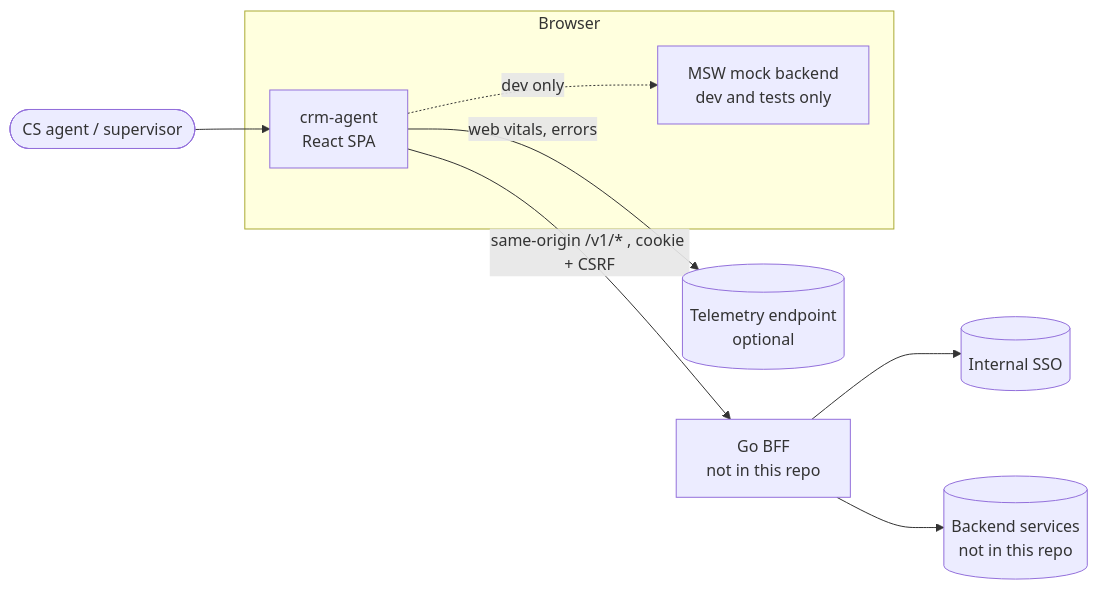
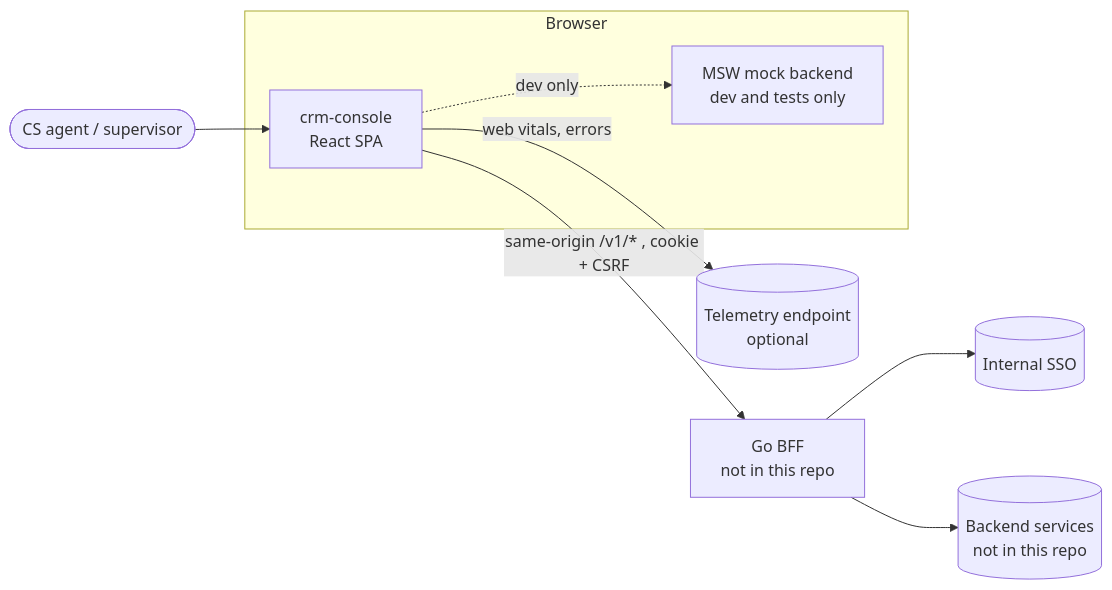
The first of 3 diagrams in docs/system-design.md (mfadlanabdillah/crm-frontend), drawn with Mermaid before and after one commit. The commit also changed other lines of this file and 150 other files, not shown here.

First line of the commit message:
refactor: rename the app to crm-console and show "CRM" as its name

````diff
--- a/docs/system-design.md
+++ b/docs/system-design.md
@@ -13,13 +13,13 @@
 ```mermaid
 flowchart LR
   user([CS agent / supervisor]) --> spa
   subgraph browser[Browser]
-    spa[crm-agent<br/>React SPA]
+    spa[crm-console<br/>React SPA]
     msw[MSW mock backend<br/>dev and tests only]
   end
   spa -- "same-origin /v1/* , cookie + CSRF" --> bff
   spa -. "dev only" .-> msw
   bff[Go BFF<br/>not in this repo] --> sso[(Internal SSO)]
   bff --> core[(Backend services<br/>not in this repo)]
   spa -- "web vitals, errors" --> telemetry[(Telemetry endpoint<br/>optional)]
 ```
````
